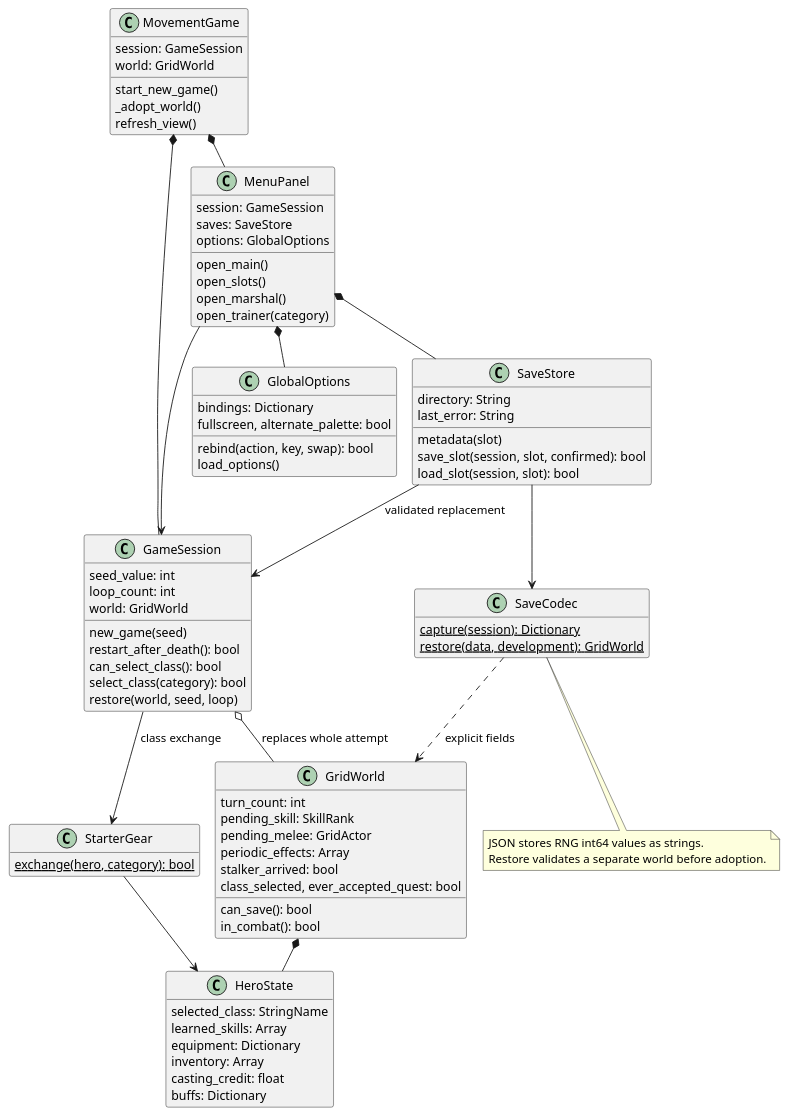
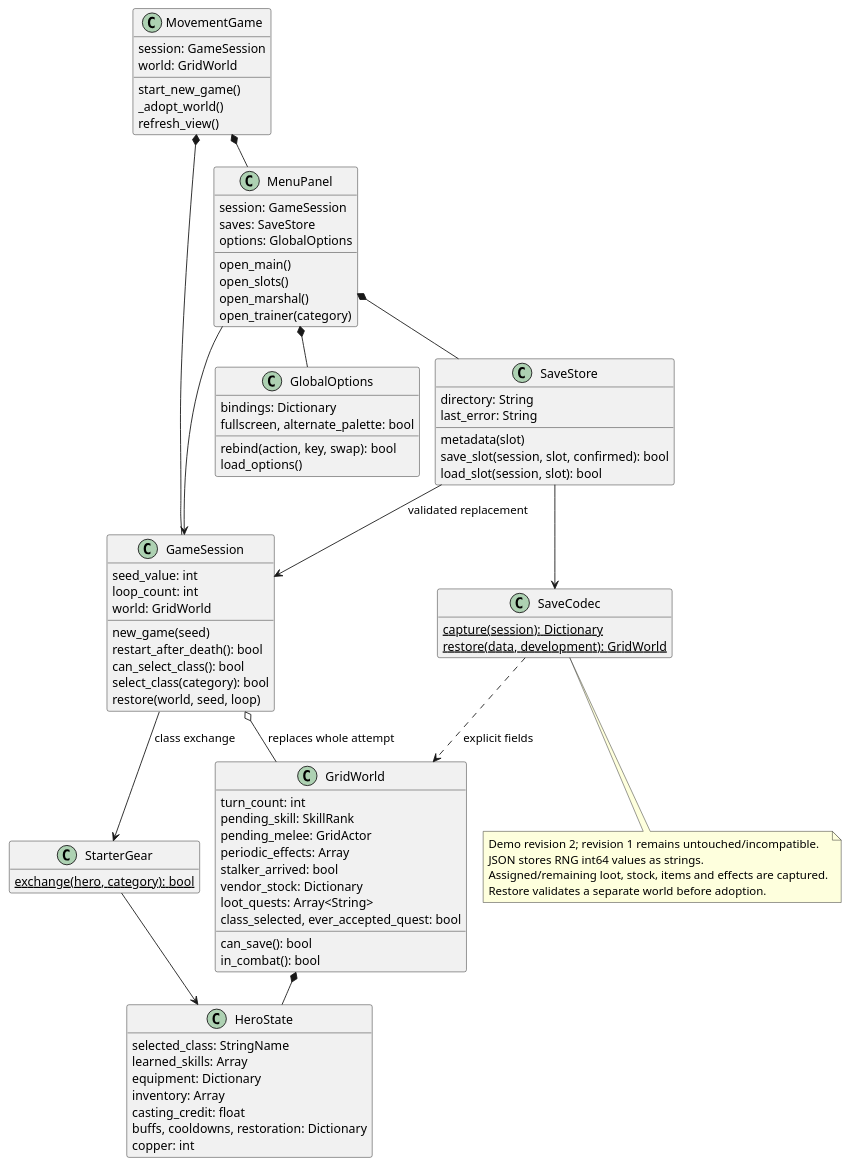
The diagram in docs/architecture/classes/loop_save.puml (VHonzik/Ostinato), drawn with PlantUML before and after one commit. The commit also changed 48 other files, not shown here.

```diff
--- a/docs/architecture/classes/loop_save.puml
+++ b/docs/architecture/classes/loop_save.puml
@@ -1,86 +1,91 @@
 @startuml
 !pragma layout smetana
 skinparam shadowing false
 skinparam classAttributeIconSize 0
 hide empty members
 class MovementGame {
   session: GameSession
   world: GridWorld
   start_new_game()
   _adopt_world()
   refresh_view()
 }
 class GameSession {
   seed_value: int
   loop_count: int
   world: GridWorld
   new_game(seed)
   restart_after_death(): bool
   can_select_class(): bool
   select_class(category): bool
   restore(world, seed, loop)
 }
 class GridWorld {
   turn_count: int
   pending_skill: SkillRank
   pending_melee: GridActor
   periodic_effects: Array
   stalker_arrived: bool
+  vendor_stock: Dictionary
+  loot_quests: Array<String>
   class_selected, ever_accepted_quest: bool
   can_save(): bool
   in_combat(): bool
 }
 class HeroState {
   selected_class: StringName
   learned_skills: Array
   equipment: Dictionary
   inventory: Array
   casting_credit: float
-  buffs: Dictionary
+  buffs, cooldowns, restoration: Dictionary
+  copper: int
 }
 class StarterGear {
   {static} exchange(hero, category): bool
 }
 class SaveStore {
   directory: String
   last_error: String
   metadata(slot)
   save_slot(session, slot, confirmed): bool
   load_slot(session, slot): bool
 }
 class SaveCodec {
   {static} capture(session): Dictionary
   {static} restore(data, development): GridWorld
 }
 class MenuPanel {
   session: GameSession
   saves: SaveStore
   options: GlobalOptions
   open_main()
   open_slots()
   open_marshal()
   open_trainer(category)
 }
 class GlobalOptions {
   bindings: Dictionary
   fullscreen, alternate_palette: bool
   rebind(action, key, swap): bool
   load_options()
 }
 MovementGame *-- MenuPanel
 MovementGame *-- GameSession
 GameSession o-- GridWorld : replaces whole attempt
 GridWorld *-- HeroState
 GameSession --> StarterGear : class exchange
 StarterGear --> HeroState
 MenuPanel *-- SaveStore
 MenuPanel *-- GlobalOptions
 MenuPanel --> GameSession
 SaveStore --> SaveCodec
 SaveStore --> GameSession : validated replacement
 SaveCodec ..> GridWorld : explicit fields
 note bottom of SaveCodec
+Demo revision 2; revision 1 remains untouched/incompatible.
 JSON stores RNG int64 values as strings.
+Assigned/remaining loot, stock, items and effects are captured.
 Restore validates a separate world before adoption.
 end note
 @enduml
```
